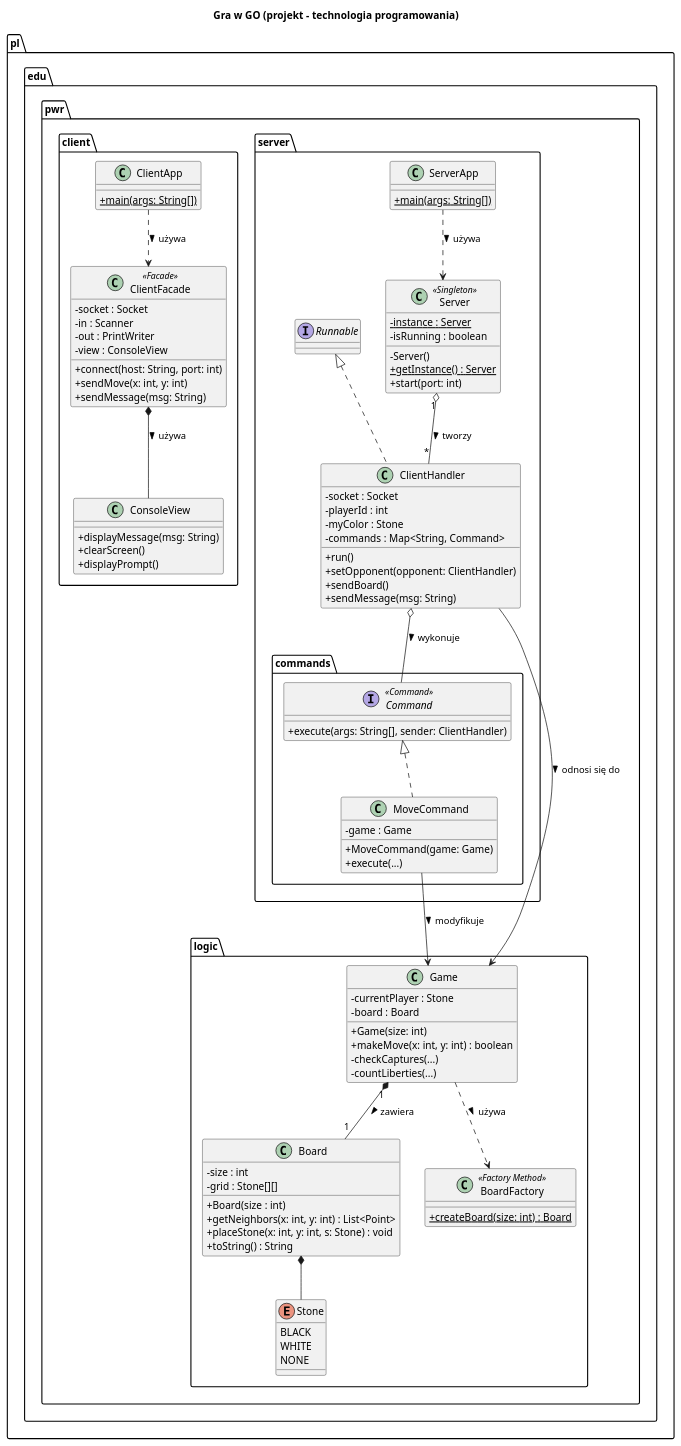
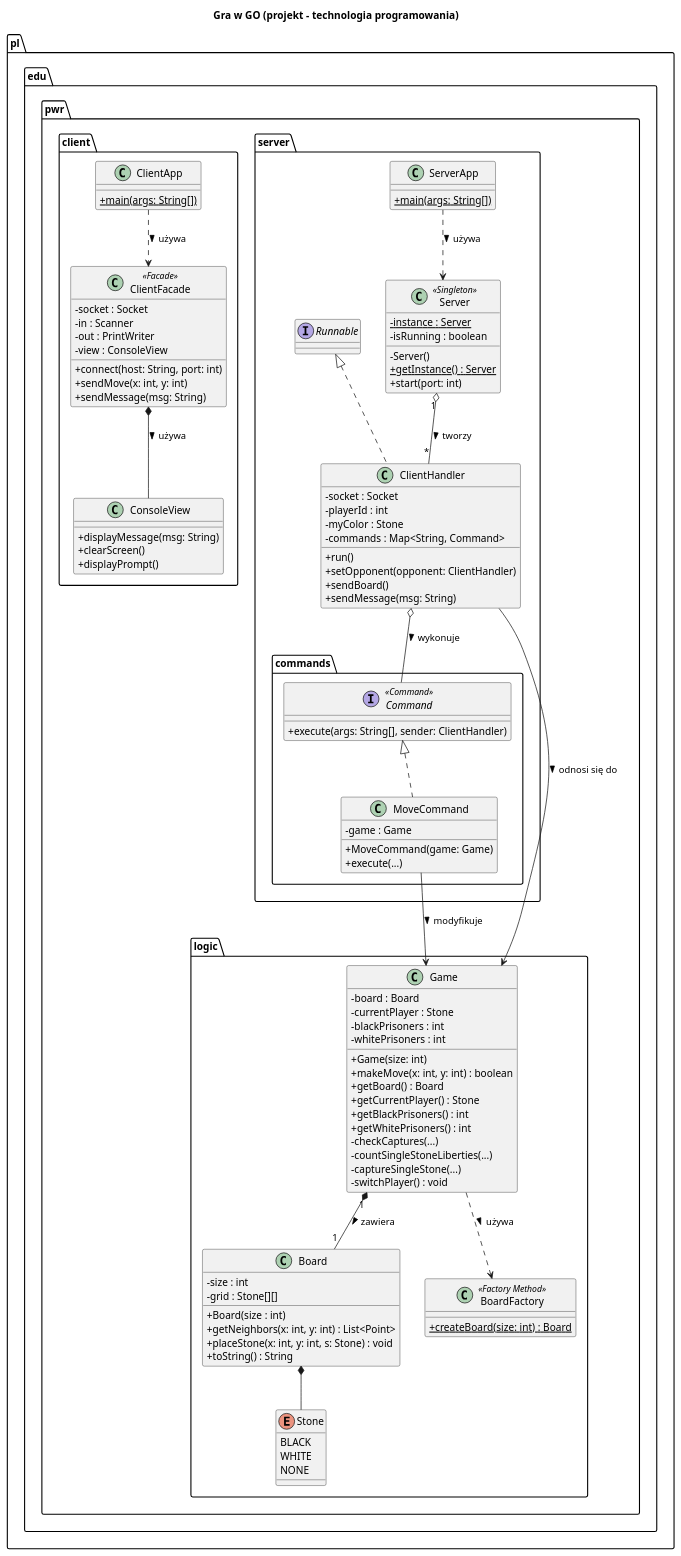
One commit to jakubkobus/university-java-go changed the diagram in docs/class_diagram.puml. Above: the diagram before and after it, drawn with PlantUML. The commit also changed 1 other file, not shown here.

Commit message:
fix(docs): updated class diagram

```diff
--- a/docs/class_diagram.puml
+++ b/docs/class_diagram.puml
@@ -1,107 +1,115 @@
 @startuml class_diagram
 title Gra w GO (projekt - technologia programowania)
 skinparam classAttributeIconSize 0
 
 package "pl.edu.pwr.logic" {
   enum Stone {
     BLACK
     WHITE
     NONE
   }
 
   class Board {
     - size : int
     - grid : Stone[][]
     + Board(size : int)
     + getNeighbors(x: int, y: int) : List<Point>
     + placeStone(x: int, y: int, s: Stone) : void
     + toString() : String
   }
 
   class BoardFactory <<Factory Method>> {
     + {static} createBoard(size: int) : Board
   }
 
   class Game {
+    - board : Board
     - currentPlayer : Stone
-    - board : Board
+    - blackPrisoners : int
+    - whitePrisoners : int
     + Game(size: int)
     + makeMove(x: int, y: int) : boolean
+    + getBoard() : Board
+    + getCurrentPlayer() : Stone
+    + getBlackPrisoners() : int
+    + getWhitePrisoners() : int
     - checkCaptures(...)
-    - countLiberties(...)
+    - countSingleStoneLiberties(...)
+    - captureSingleStone(...)
+    - switchPlayer() : void
   }
 
   Game "1" *-- "1" Board : zawiera >
   Game ..> BoardFactory : używa >
   Board *-- Stone
 }
 
 package "pl.edu.pwr.server" {
   class ServerApp {
     + {static} main(args: String[])
   }
 
   class Server <<Singleton>> {
     - {static} instance : Server
     - isRunning : boolean
     - Server()
     + {static} getInstance() : Server
     + start(port: int)
   }
 
   class ClientHandler implements Runnable {
     - socket : Socket
     - playerId : int
     - myColor : Stone
     - commands : Map<String, Command>
     + run()
     + setOpponent(opponent: ClientHandler)
     + sendBoard()
     + sendMessage(msg: String)
   }
 
   package "commands" {
     interface Command <<Command>> {
       + execute(args: String[], sender: ClientHandler)
     }
 
     class MoveCommand implements Command {
       - game : Game
       + MoveCommand(game: Game)
       + execute(...)
     }
   }
 
   ServerApp ..> Server : używa >
   Server "1" o-- "*" ClientHandler : tworzy >
   ClientHandler o-- Command : wykonuje >
   ClientHandler --> Game : odnosi się do >
   MoveCommand --> Game : modyfikuje >
 }
 
 package "pl.edu.pwr.client" {
   class ClientApp {
     + {static} main(args: String[])
   }
 
   class ClientFacade <<Facade>> {
     - socket : Socket
     - in : Scanner
     - out : PrintWriter
     - view : ConsoleView
     + connect(host: String, port: int)
     + sendMove(x: int, y: int)
     + sendMessage(msg: String)
   }
 
   class ConsoleView {
     + displayMessage(msg: String)
     + clearScreen()
     + displayPrompt()
   }
 
   ClientApp ..> ClientFacade : używa >
   ClientFacade *-- ConsoleView : używa >
 }
 
 @enduml
```
